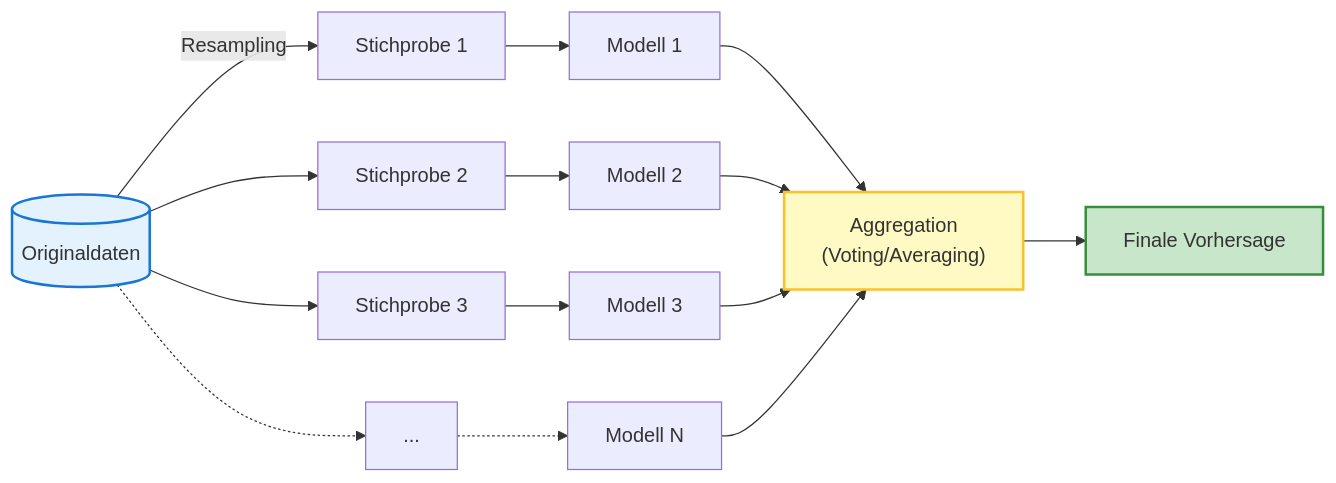
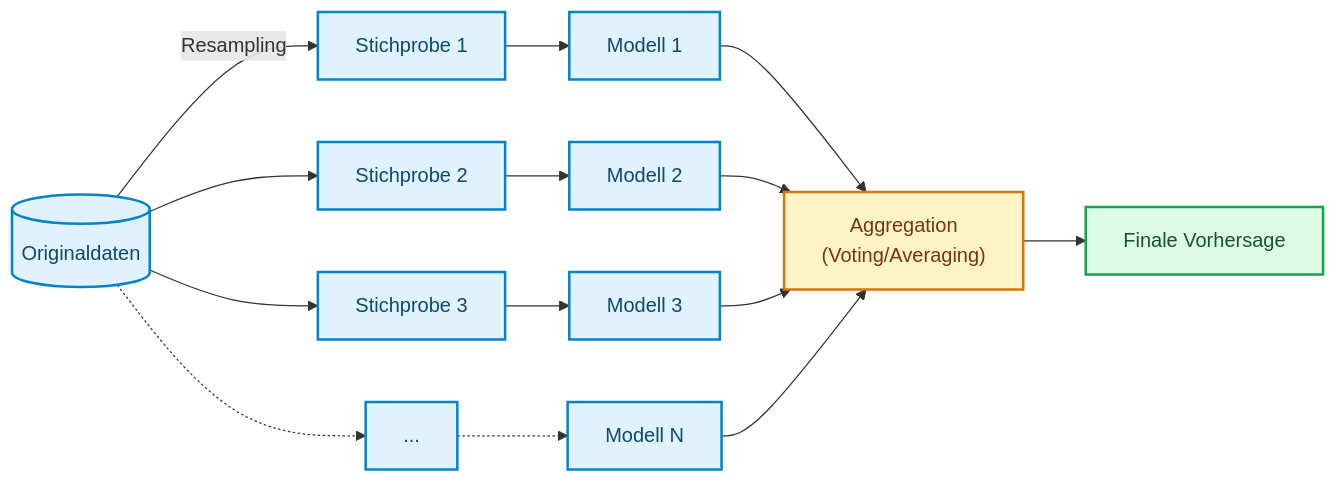
The second of 5 diagrams in docs/concepts/modeling/ensemble.md (ralf-42/ML_Intro), drawn with Mermaid before and after one commit. The commit also changed other lines of this file and 67 other files, not shown here.

````diff
--- a/docs/concepts/modeling/ensemble.md
+++ b/docs/concepts/modeling/ensemble.md
@@ -73,23 +71,25 @@
 ```mermaid
 flowchart LR
     D[("Originaldaten")] -- Resampling --> S1["Stichprobe 1"]
     D --> S2["Stichprobe 2"]
     D --> S3["Stichprobe 3"]
     D -.-> SN["..."]
 
     S1 --> M1["Modell 1"]
     S2 --> M2["Modell 2"]
     S3 --> M3["Modell 3"]
     SN -.-> MN["Modell N"]
 
     M1 --> A["Aggregation<br/>(Voting/Averaging)"]
     M2 --> A
     M3 --> A
     MN --> A
 
     A --> P["Finale Vorhersage"]
 
-    style D fill:#e3f2fd,stroke:#1976d2,stroke-width:2px
-    style A fill:#fff9c4,stroke:#fbc02d,stroke-width:2px
-    style P fill:#c8e6c9,stroke:#388e3c,stroke-width:2px
+    classDef default fill:#e0f2fe,stroke:#0284c7,stroke-width:2px,color:#0c4a6e;
+    classDef metric fill:#fef3c7,stroke:#d97706,stroke-width:2px,color:#78350f;
+    classDef output fill:#dcfce7,stroke:#16a34a,stroke-width:2px,color:#14532d;
+    class A metric;
+    class P output;
 ```
````
